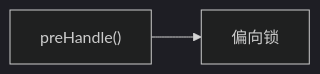
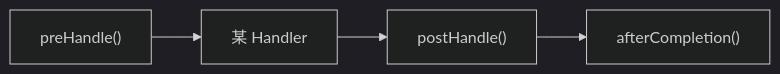
The sixth of 6 diagrams in _posts/java/framework/spring-mvc/2021-08-22-03-usage.md (kekaiyuan/resource), drawn with Mermaid (dark theme) before and after one commit.

Commit message:
修改文件: _posts/java/framework/spring-mvc/2021-08-22-03-usage.md

```diff
--- a/_posts/java/framework/spring-mvc/2021-08-22-03-usage.md
+++ b/_posts/java/framework/spring-mvc/2021-08-22-03-usage.md
@@ -685,4 +685,6 @@
 <div class="mermaid">
 graph LR;
-A["preHandle()"]-->偏向锁
+A["preHandle()"] --> B["某 Handler"]
+B --> C["postHandle()"]
+C --> D["afterCompletion()"]
 </div>
```
